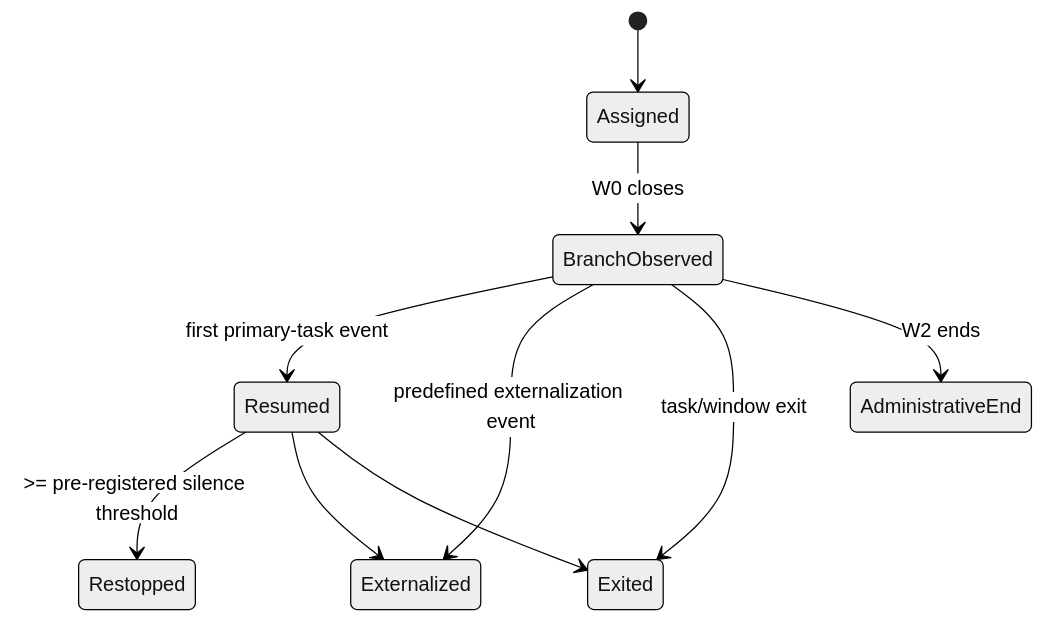
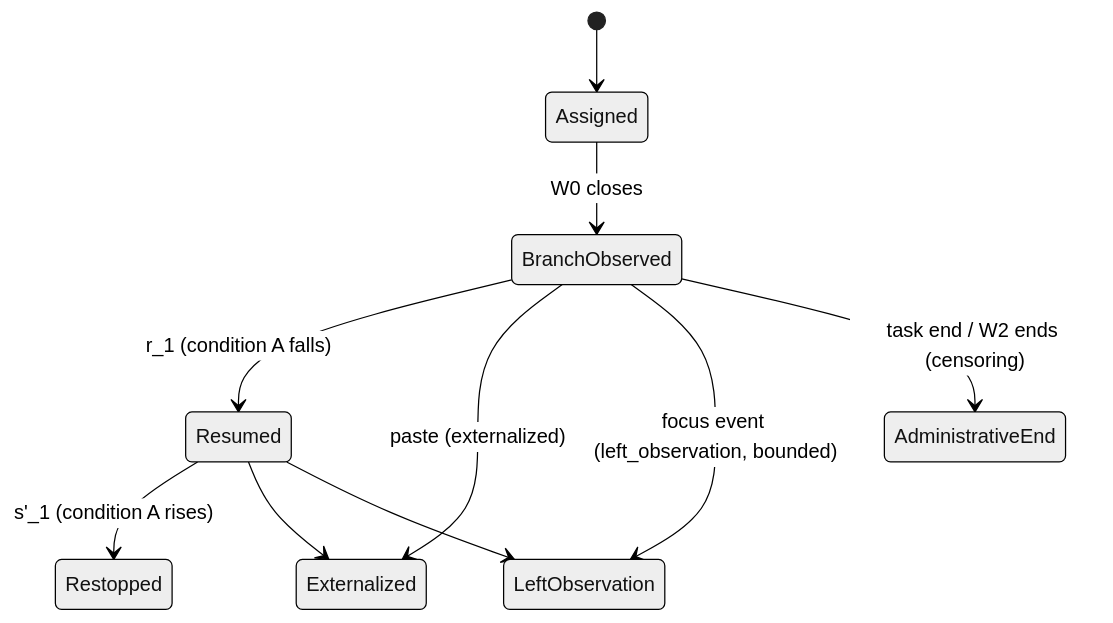
Before and after one commit to mikotomiura/GSE-prototype: the third of 3 diagrams in .steering/20260916-gse-theory-operationalization-review/eval-ncc-dag.md, drawn with Mermaid (neutral theme). The commit also changed other lines of this file and 11 other files, not shown here.

````diff
--- a/.steering/20260916-gse-theory-operationalization-review/eval-ncc-dag.md
+++ b/.steering/20260916-gse-theory-operationalization-review/eval-ncc-dag.md
@@ -142,12 +142,12 @@
 ```mermaid
 stateDiagram-v2
     [*] --> Assigned
     Assigned --> BranchObserved: W0 closes
-    BranchObserved --> Resumed: first primary-task event
-    BranchObserved --> Externalized: predefined externalization event
-    BranchObserved --> Exited: task/window exit
-    BranchObserved --> AdministrativeEnd: W2 ends
-    Resumed --> Restopped: >= pre-registered silence threshold
+    BranchObserved --> Resumed: r_1 (condition A falls)
+    BranchObserved --> Externalized: paste (externalized)
+    BranchObserved --> LeftObservation: focus event (left_observation, bounded)
+    BranchObserved --> AdministrativeEnd: task end / W2 ends (censoring)
+    Resumed --> Restopped: s'_1 (condition A rises)
     Resumed --> Externalized
-    Resumed --> Exited
+    Resumed --> LeftObservation
 ```
````
